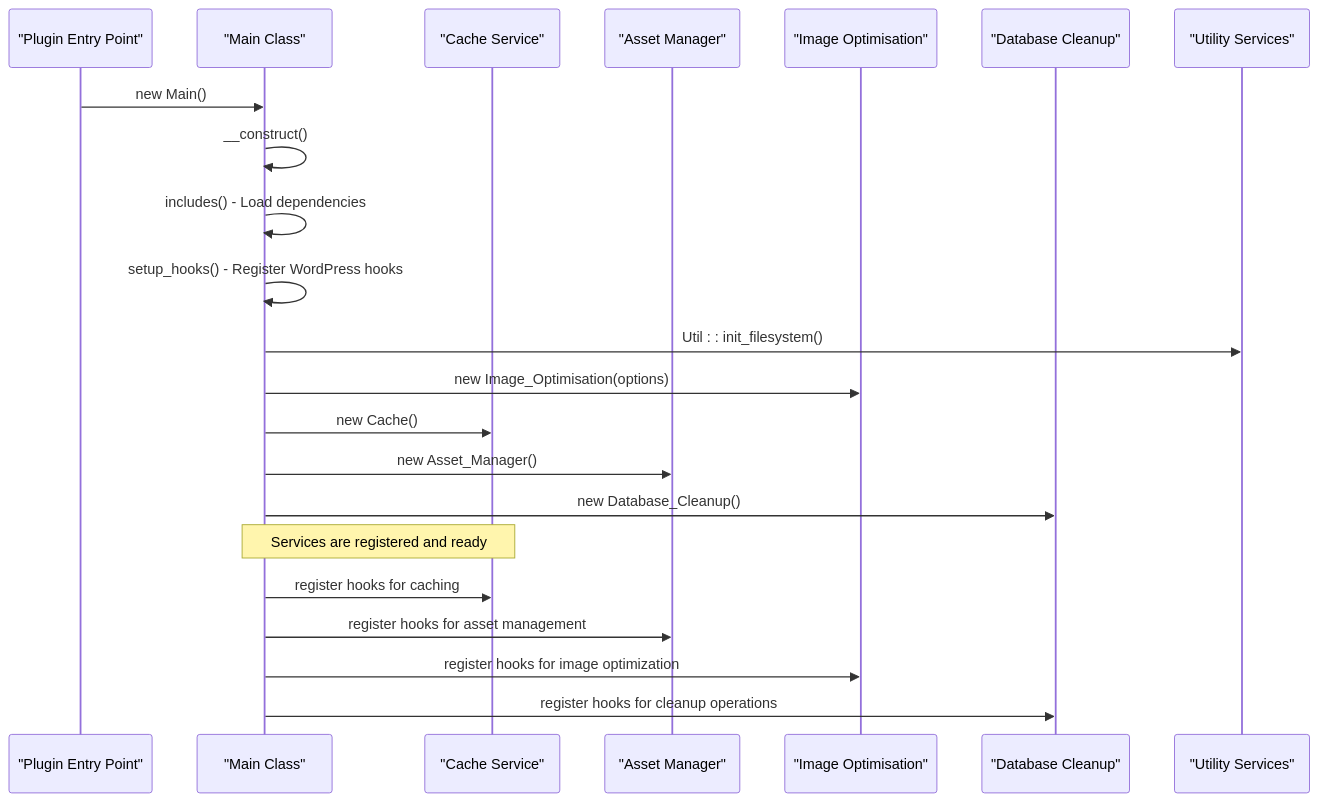
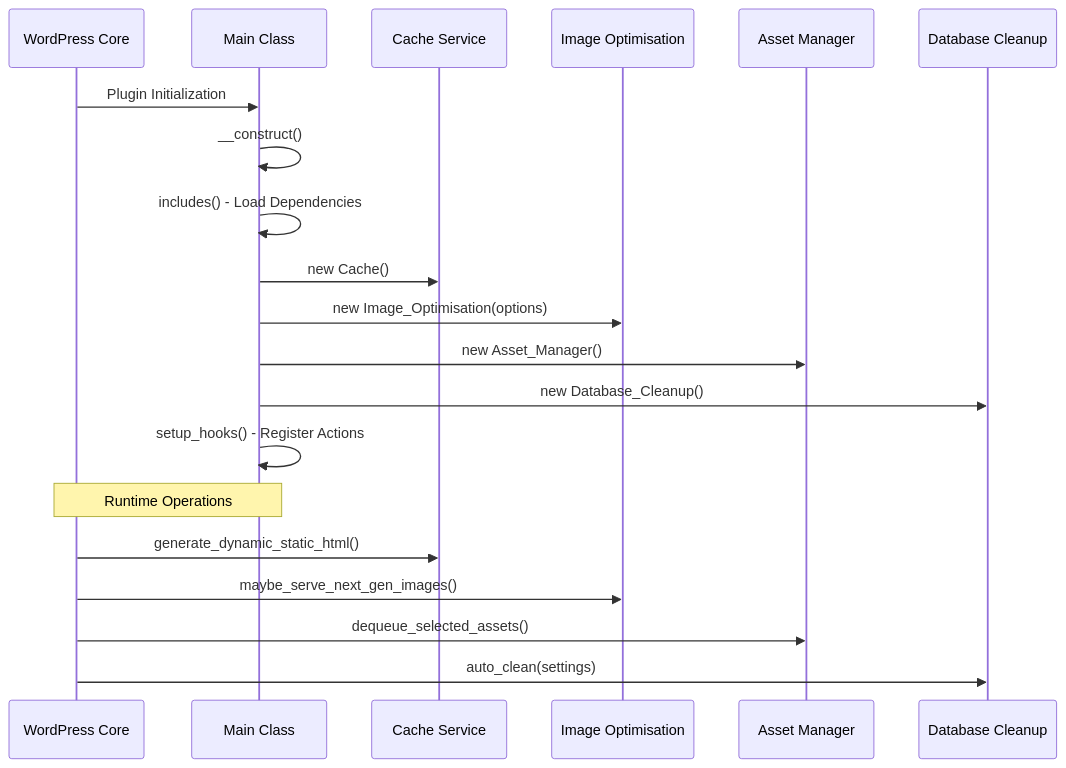
The second of 8 diagrams in .qoder/repowiki/en/content/Core Architecture/Service Layer Architecture/Service Layer Architecture.md (nilesh32236/performance-optimisation), drawn with Mermaid before and after one commit. The commit also changed other lines of this file and 46 other files, not shown here.

Commit message:
docs: prune repowiki documentation files and update plugin build assets

````diff
--- a/.qoder/repowiki/en/content/Core Architecture/Service Layer Architecture/Service Layer Architecture.md
+++ b/.qoder/repowiki/en/content/Core Architecture/Service Layer Architecture/Service Layer Architecture.md
@@ -114,24 +115,22 @@
 ```mermaid
 sequenceDiagram
-participant Plugin as "Plugin Entry Point"
-participant Main as "Main Class"
-participant Cache as "Cache Service"
-participant Asset as "Asset Manager"
-participant Image as "Image Optimisation"
-participant DB as "Database Cleanup"
-participant Util as "Utility Services"
-Plugin->>Main : new Main()
+participant WP as WordPress Core
+participant Main as Main Class
+participant Cache as Cache Service
+participant Image as Image Optimisation
+participant Asset as Asset Manager
+participant DB as Database Cleanup
+WP->>Main : Plugin Initialization
 Main->>Main : __construct()
-Main->>Main : includes() - Load dependencies
-Main->>Main : setup_hooks() - Register WordPress hooks
-Main->>Util : Util : : init_filesystem()
+Main->>Main : includes() - Load Dependencies
+Main->>Cache : new Cache()
 Main->>Image : new Image_Optimisation(options)
-Main->>Cache : new Cache()
 Main->>Asset : new Asset_Manager()
 Main->>DB : new Database_Cleanup()
-Note over Main,Cache : Services are registered and ready
-Main->>Cache : register hooks for caching
-Main->>Asset : register hooks for asset management
-Main->>Image : register hooks for image optimization
-Main->>DB : register hooks for cleanup operations
+Main->>Main : setup_hooks() - Register Actions
+Note over WP,Main : Runtime Operations
+WP->>Cache : generate_dynamic_static_html()
+WP->>Image : maybe_serve_next_gen_images()
+WP->>Asset : dequeue_selected_assets()
+WP->>DB : auto_clean(settings)
 ```
````
